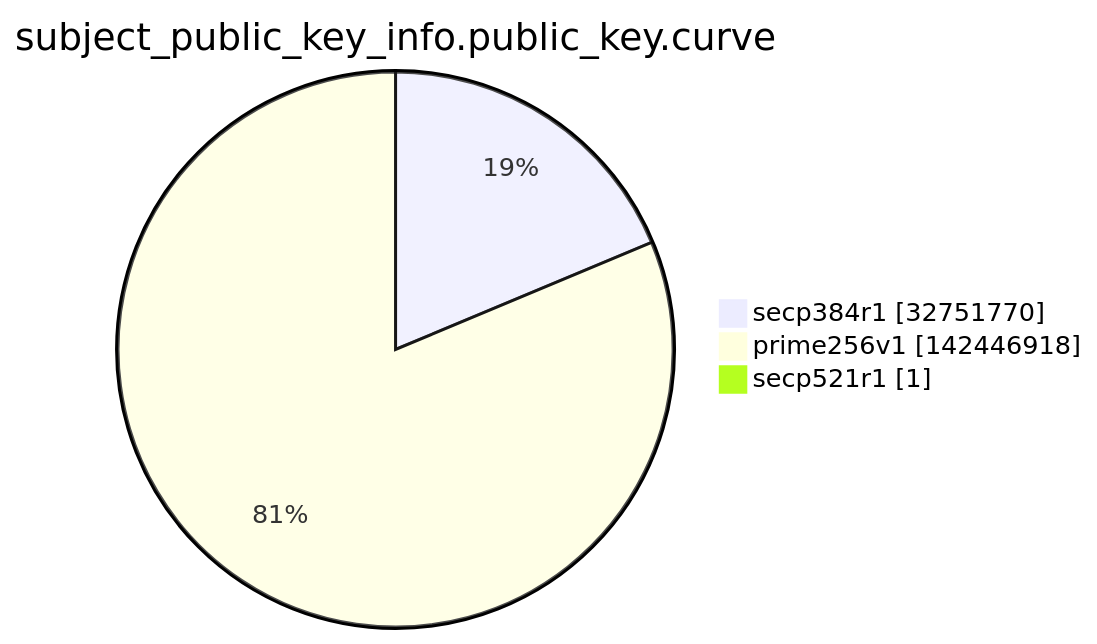
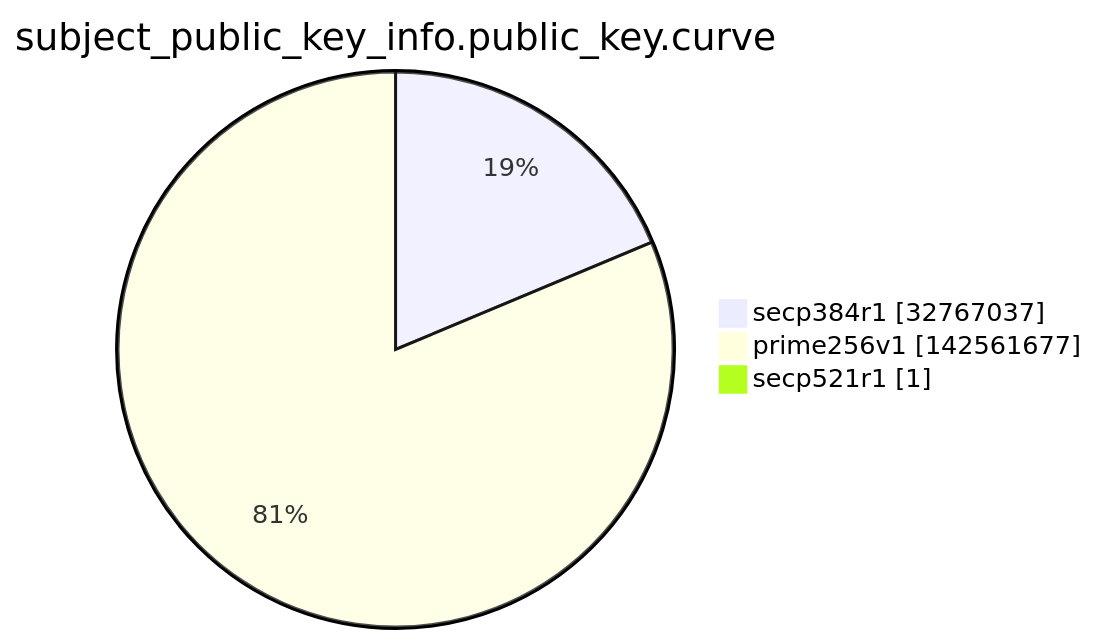
The ninth of 15 diagrams in argon2022/README.md (christiankrug/ctmonitor_visualization), drawn with Mermaid before and after one commit. The commit also changed other lines of this file, not shown here.

````diff
--- a/argon2022/README.md
+++ b/argon2022/README.md
@@ -2763,7 +2764,7 @@
 ```mermaid
 pie showData
 title subject_public_key_info.public_key.curve
-"secp384r1" :32751770
-"prime256v1" :142446918
+"secp384r1" :32767037
+"prime256v1" :142561677
 "secp521r1" :1
 ```
````
